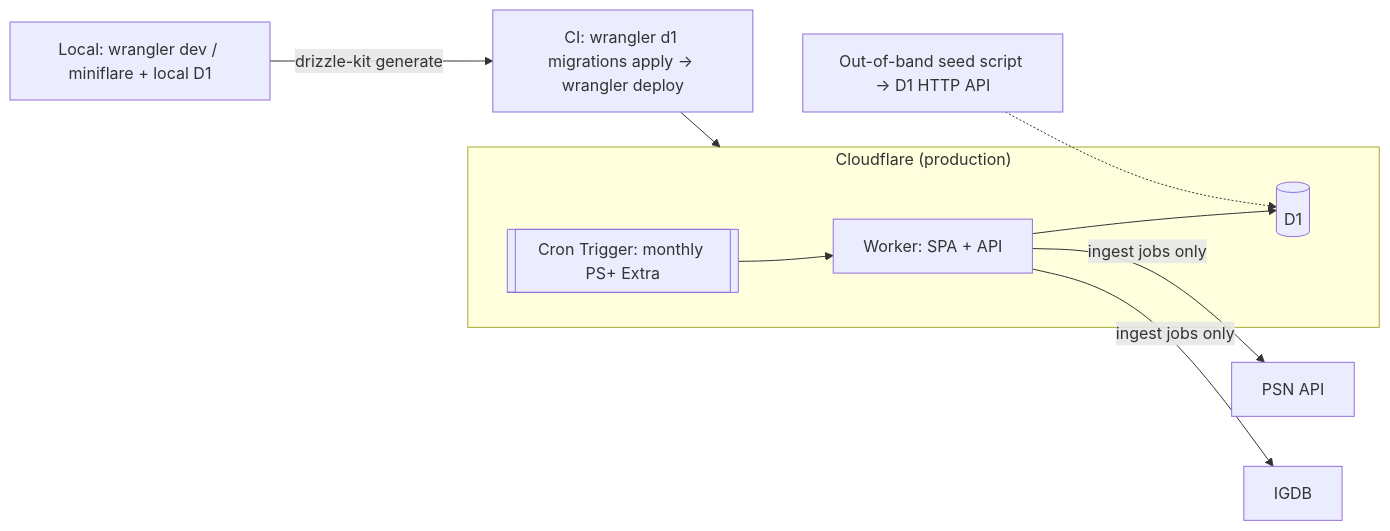
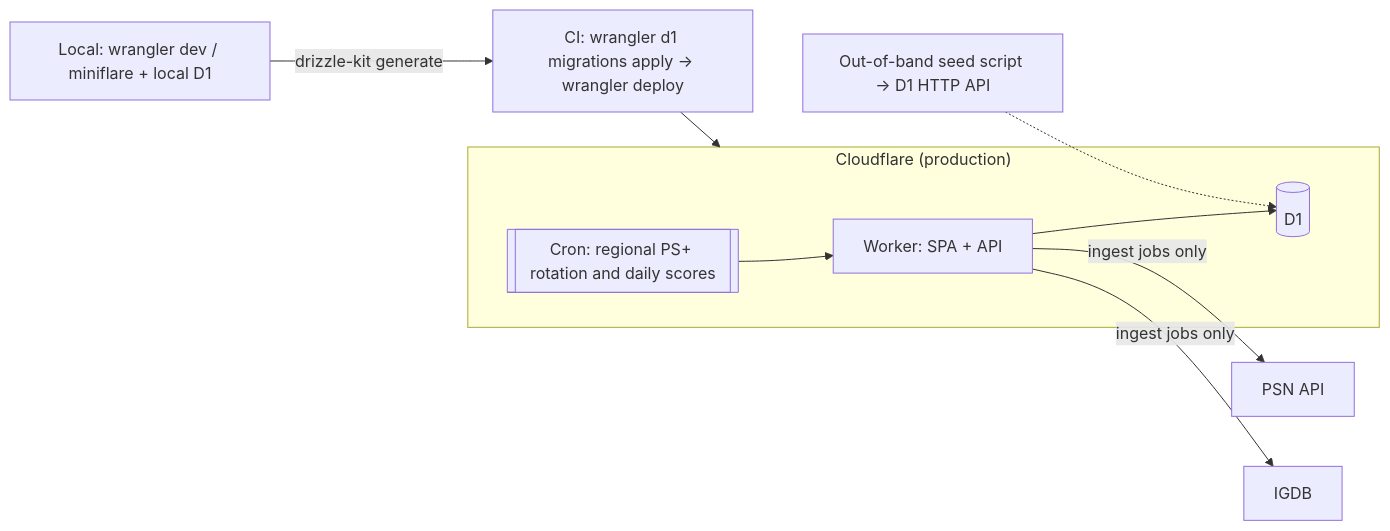
The fourth of 4 diagrams in _bmad-output/planning-artifacts/architecture/architecture-ps-game-catalog-2026-07-05/ARCHITECTURE-SPINE.md (l-filice89/press-start), drawn with Mermaid before and after one commit. The commit also changed other lines of this file and 11 other files, not shown here.

````diff
--- a/_bmad-output/planning-artifacts/architecture/architecture-ps-game-catalog-2026-07-05/ARCHITECTURE-SPINE.md
+++ b/_bmad-output/planning-artifacts/architecture/architecture-ps-game-catalog-2026-07-05/ARCHITECTURE-SPINE.md
@@ -370,12 +378,12 @@
 ```mermaid
 flowchart LR
   Dev["Local: wrangler dev / miniflare + local D1"] -->|drizzle-kit generate| CI
   CI["CI: wrangler d1 migrations apply → wrangler deploy"] --> Prod
   subgraph Prod["Cloudflare (production)"]
     W[Worker: SPA + API] --> D[(D1)]
-    C[[Cron Trigger: monthly PS+ Extra]] --> W
+    C[[Cron: regional PS+ rotation and daily scores]] --> W
   end
   W -->|ingest jobs only| PSN[PSN API]
   W -->|ingest jobs only| IGDB[IGDB]
   Seed["Out-of-band seed script → D1 HTTP API"] -.-> D
 ```
````
